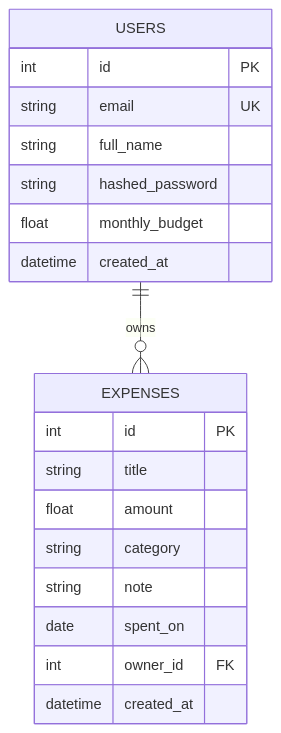
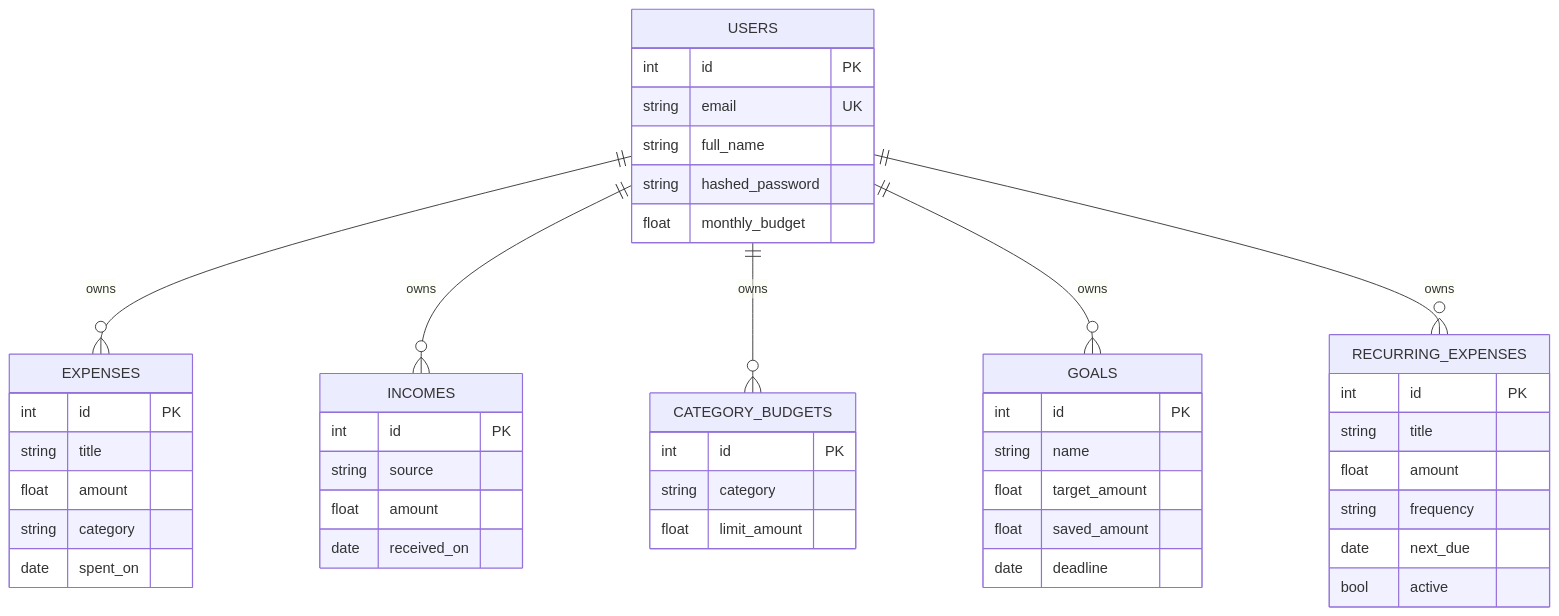
One commit to SaiKiran0078/spendsmart changed the second of 2 diagrams in docs/ARCHITECTURE.md. Above: the diagram before and after it, drawn with Mermaid. The commit also changed other lines of this file and 75 other files, not shown here.

Commit message:
Upgrade SpendSmart with analytics, budgets, goals and responsive UI

````diff
--- a/docs/ARCHITECTURE.md
+++ b/docs/ARCHITECTURE.md
@@ -44,22 +39,14 @@
 ```mermaid
 erDiagram
     USERS ||--o{ EXPENSES : owns
-    USERS {
-        int id PK
-        string email UK
-        string full_name
-        string hashed_password
-        float monthly_budget
-        datetime created_at
-    }
-    EXPENSES {
-        int id PK
-        string title
-        float amount
-        string category
-        string note
-        date spent_on
-        int owner_id FK
-        datetime created_at
-    }
+    USERS ||--o{ INCOMES : owns
+    USERS ||--o{ CATEGORY_BUDGETS : owns
+    USERS ||--o{ GOALS : owns
+    USERS ||--o{ RECURRING_EXPENSES : owns
+    USERS { int id PK  string email UK  string full_name  string hashed_password  float monthly_budget }
+    EXPENSES { int id PK  string title  float amount  string category  date spent_on }
+    INCOMES { int id PK  string source  float amount  date received_on }
+    CATEGORY_BUDGETS { int id PK  string category  float limit_amount }
+    GOALS { int id PK  string name  float target_amount  float saved_amount  date deadline }
+    RECURRING_EXPENSES { int id PK  string title  float amount  string frequency  date next_due  bool active }
 ```
````
